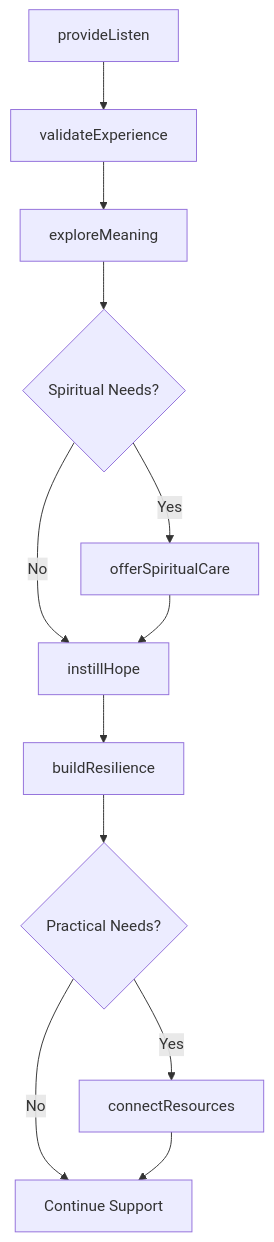
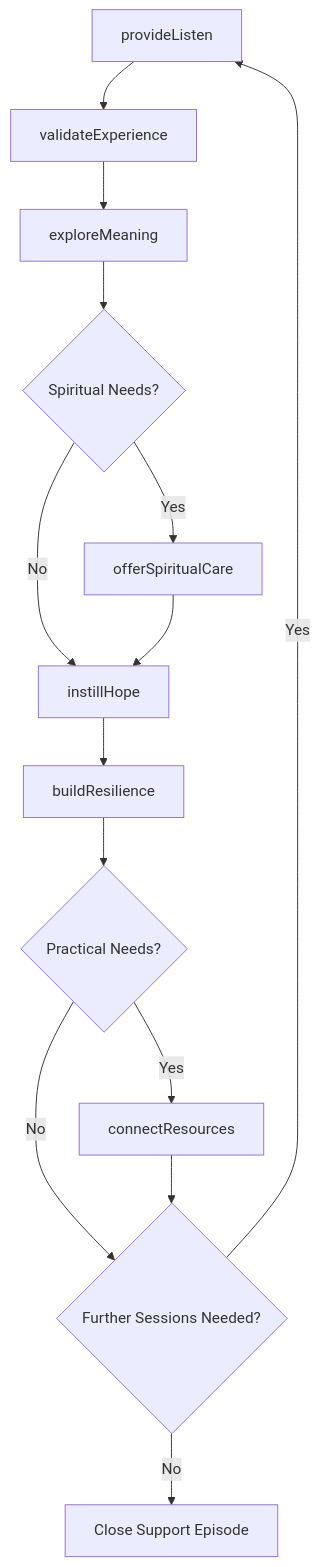
Before and after one commit to dot-org-ai/tasks.org.ai: the third of 4 diagrams in ProvidingConsultationAndAdviceToOthers/CounselOthersAboutPersonalMatters/ProvideCounselComfortEncouragementIndividuals.mdx, drawn with Mermaid. The commit also changed other lines of this file and 504 other files, not shown here.

First line of the commit message:
feat: Add ER diagrams, state diagrams, and workflow improvements to 96 DWA task files

````diff
--- a/ProvidingConsultationAndAdviceToOthers/CounselOthersAboutPersonalMatters/ProvideCounselComfortEncouragementIndividuals.mdx
+++ b/ProvidingConsultationAndAdviceToOthers/CounselOthersAboutPersonalMatters/ProvideCounselComfortEncouragementIndividuals.mdx
@@ -87,14 +119,16 @@
 ```mermaid
 graph TD
     A[provideListen] --> B[validateExperience]
     B --> C[exploreMeaning]
     C --> D{Spiritual Needs?}
     D -->|Yes| E[offerSpiritualCare]
     D -->|No| F[instillHope]
     E --> F
     F --> G[buildResilience]
     G --> H{Practical Needs?}
     H -->|Yes| I[connectResources]
-    H -->|No| J[Continue Support]
+    H -->|No| J{Further Sessions Needed?}
     I --> J
+    J -->|Yes| A
+    J -->|No| K[Close Support Episode]
 ```
````
